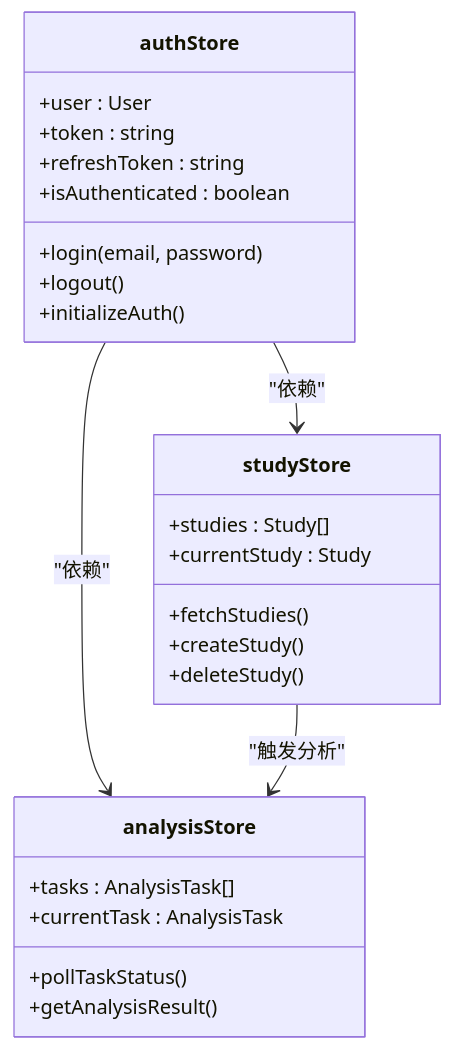
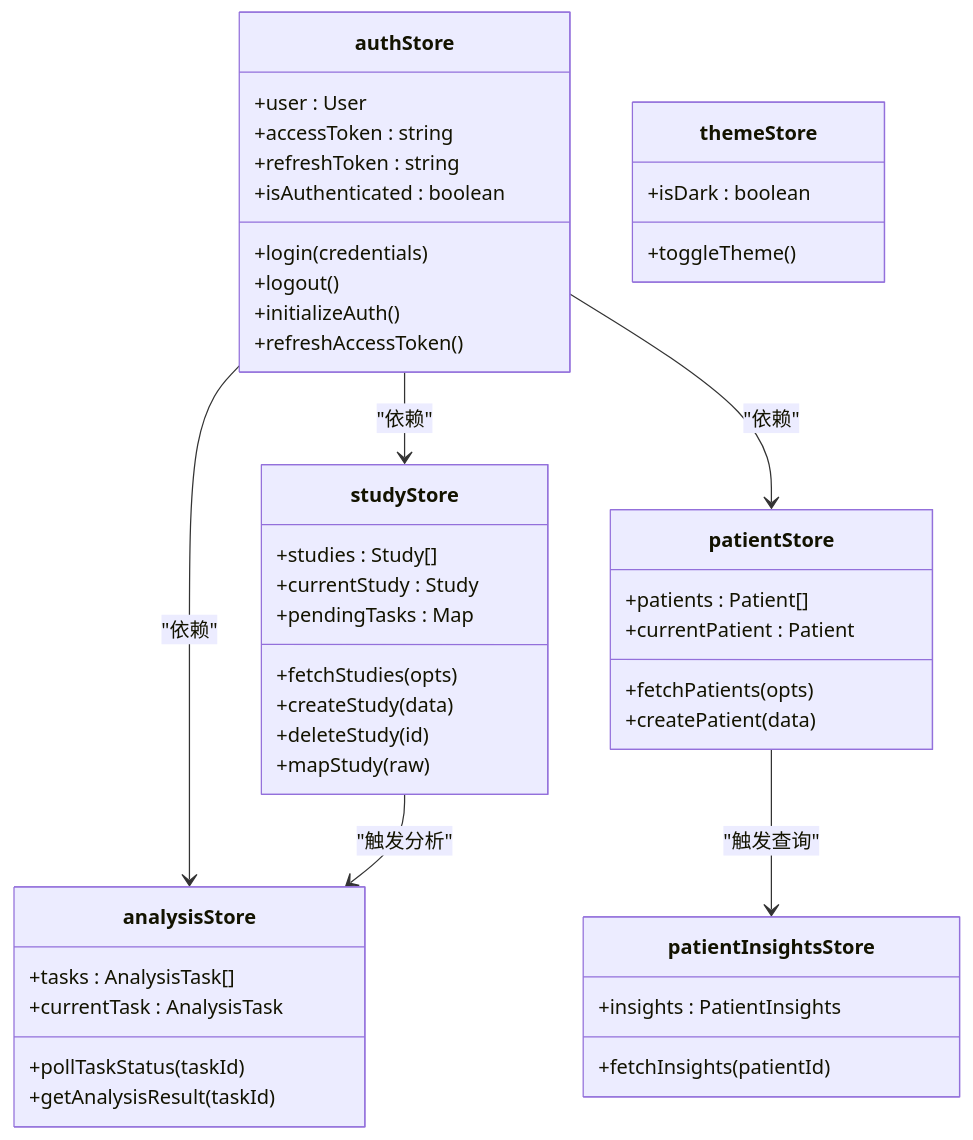
Before and after one commit to xingranya/CervixDetectAI: the fourth of 4 diagrams in wiki/系统概述.md, drawn with Mermaid. The commit also changed other lines of this file and 35 other files, not shown here.

First line of the commit message:
docs(readme): 优化并统一项目文档中的流程图与说明

````diff
--- a/wiki/系统概述.md
+++ b/wiki/系统概述.md
@@ -149,28 +169,48 @@
 ```mermaid
 classDiagram
 class authStore {
-+user : User
-+token : string
-+refreshToken : string
-+isAuthenticated : boolean
-+login(email, password)
-+logout()
-+initializeAuth()
+  +user : User
+  +accessToken : string
+  +refreshToken : string
+  +isAuthenticated : boolean
+  +login(credentials)
+  +logout()
+  +initializeAuth()
+  +refreshAccessToken()
 }
 class studyStore {
-+studies : Study[]
-+currentStudy : Study
-+fetchStudies()
-+createStudy()
-+deleteStudy()
+  +studies : Study[]
+  +currentStudy : Study
+  +pendingTasks : Map
+  +fetchStudies(opts)
+  +createStudy(data)
+  +deleteStudy(id)
+  +mapStudy(raw)
+}
+class patientStore {
+  +patients : Patient[]
+  +currentPatient : Patient
+  +fetchPatients(opts)
+  +createPatient(data)
 }
 class analysisStore {
-+tasks : AnalysisTask[]
-+currentTask : AnalysisTask
-+pollTaskStatus()
-+getAnalysisResult()
+  +tasks : AnalysisTask[]
+  +currentTask : AnalysisTask
+  +pollTaskStatus(taskId)
+  +getAnalysisResult(taskId)
 }
+class themeStore {
+  +isDark : boolean
+  +toggleTheme()
+}
+class patientInsightsStore {
+  +insights : PatientInsights
+  +fetchInsights(patientId)
+}
+
 authStore --> studyStore : "依赖"
+authStore --> patientStore : "依赖"
 authStore --> analysisStore : "依赖"
+patientStore --> patientInsightsStore : "触发查询"
 studyStore --> analysisStore : "触发分析"
 ```
````
